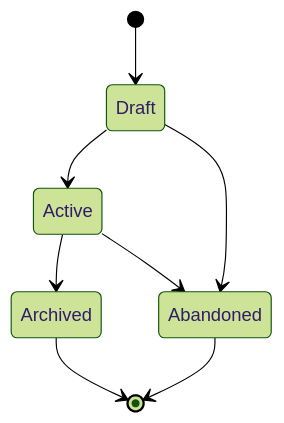
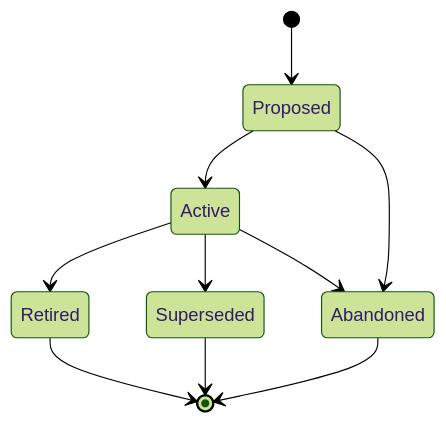
Before and after one commit to cristoslc/tidegate: the diagram in .agents/skills/swain-design/references/runbook-definition.md, drawn with Mermaid (forest theme). The commit also changed other lines of this file and 260 other files, not shown here.

````diff
--- a/.agents/skills/swain-design/references/runbook-definition.md
+++ b/.agents/skills/swain-design/references/runbook-definition.md
@@ -5,10 +7,12 @@
 ```mermaid
 stateDiagram-v2
-    [*] --> Draft
-    Draft --> Active
-    Active --> Archived
-    Archived --> [*]
-    Draft --> Abandoned
+    [*] --> Proposed
+    Proposed --> Active
+    Active --> Retired
+    Active --> Superseded
+    Retired --> [*]
+    Superseded --> [*]
+    Proposed --> Abandoned
     Active --> Abandoned
     Abandoned --> [*]
 ```
````
